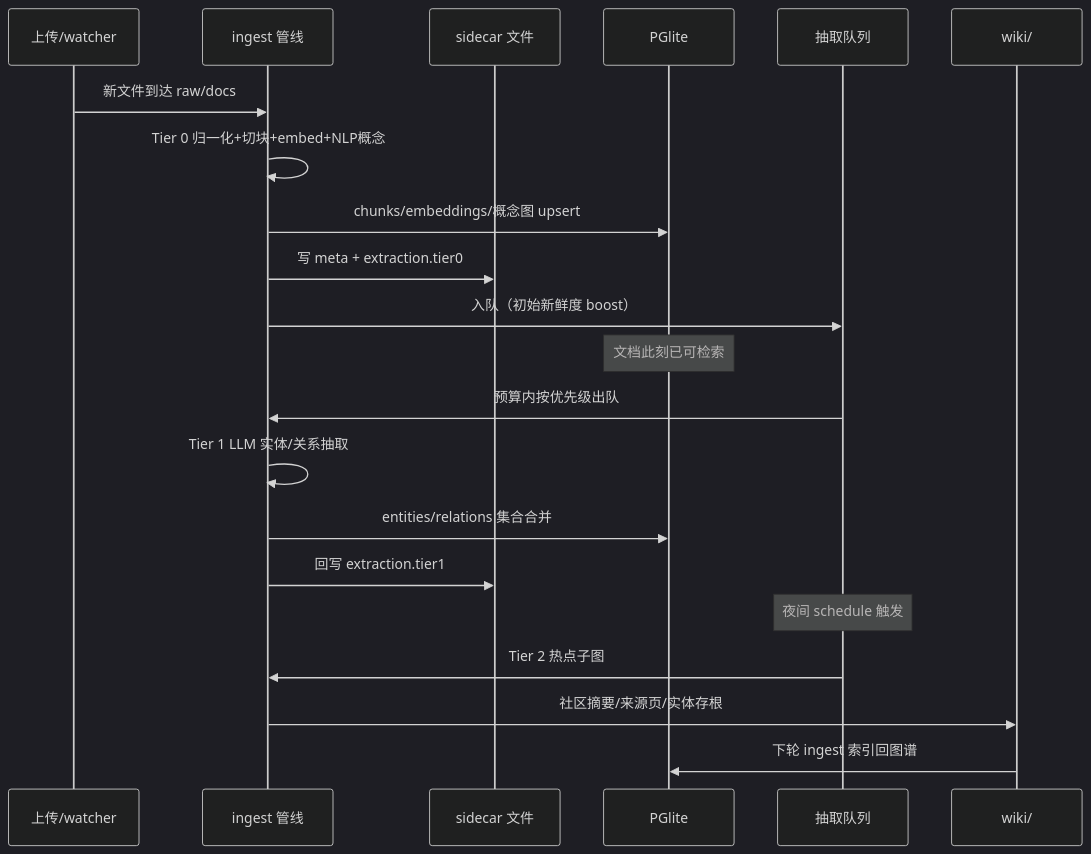
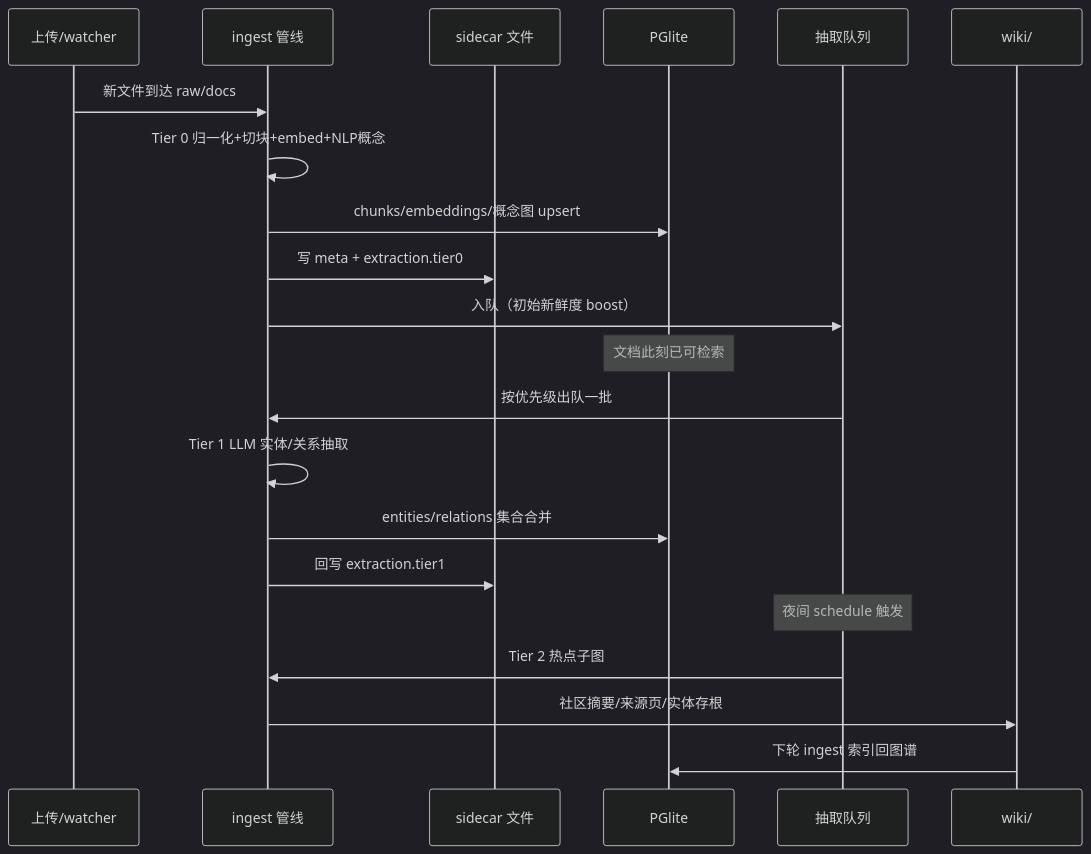
One commit to cufe-727/knode-os changed the second of 2 diagrams in docs/design/01-doc-processing-graph-wiki.md. Above: the diagram before and after it, drawn with Mermaid (dark theme). The commit also changed other lines of this file and 47 other files, not shown here.

````diff
--- a/docs/design/01-doc-processing-graph-wiki.md
+++ b/docs/design/01-doc-processing-graph-wiki.md
@@ -185,24 +185,24 @@
 ```mermaid
 sequenceDiagram
     participant U as 上传/watcher
     participant P as ingest 管线
     participant S as sidecar 文件
     participant D as PGlite
     participant Q as 抽取队列
     participant W as wiki/
 
     U->>P: 新文件到达 raw/docs
     P->>P: Tier 0 归一化+切块+embed+NLP概念
     P->>D: chunks/embeddings/概念图 upsert
     P->>S: 写 meta + extraction.tier0
     P->>Q: 入队（初始新鲜度 boost）
     Note over D: 文档此刻已可检索
-    Q->>P: 预算内按优先级出队
+    Q->>P: 按优先级出队一批
     P->>P: Tier 1 LLM 实体/关系抽取
     P->>D: entities/relations 集合合并
     P->>S: 回写 extraction.tier1
     Note over Q: 夜间 schedule 触发
     Q->>P: Tier 2 热点子图
     P->>W: 社区摘要/来源页/实体存根
     W->>D: 下轮 ingest 索引回图谱
 ```
````
